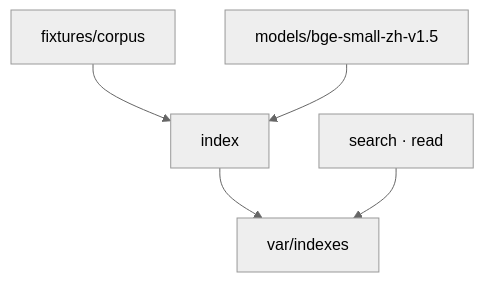
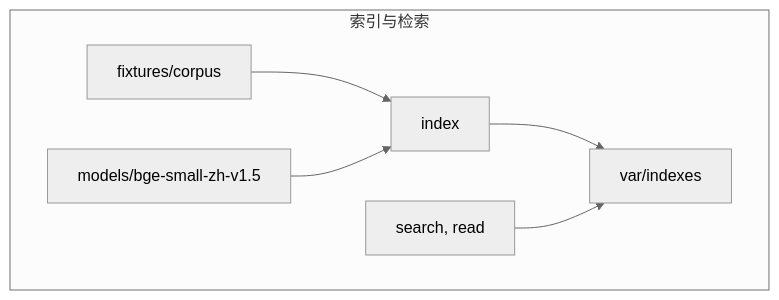
One commit to liushupeng/wiki-graph changed the first of 2 diagrams in README.md. Above: the diagram before and after it, drawn with Mermaid (neutral theme). The commit also changed other lines of this file, not shown here.

First line of the commit message:
docs: 修复 README Mermaid 并统一架构子图样式

````diff
--- a/README.md
+++ b/README.md
@@ -21,13 +21,15 @@
 ```mermaid
 flowchart TB
-    corpus["fixtures/corpus"]
-    embed["models/bge-small-zh-v1.5"]
-    build["index"]
-    store["var/indexes"]
-    query["search · read"]
+    subgraph indexing [索引与检索]
+        corpus["fixtures/corpus"]
+        embed["models/bge-small-zh-v1.5"]
+        build["index"]
+        store["var/indexes"]
+        query["search, read"]
 
-    corpus --> build
-    embed --> build
-    build --> store
-    query --> store
+        corpus --> build
+        embed --> build
+        build --> store
+        query --> store
+    end
 ```
````
